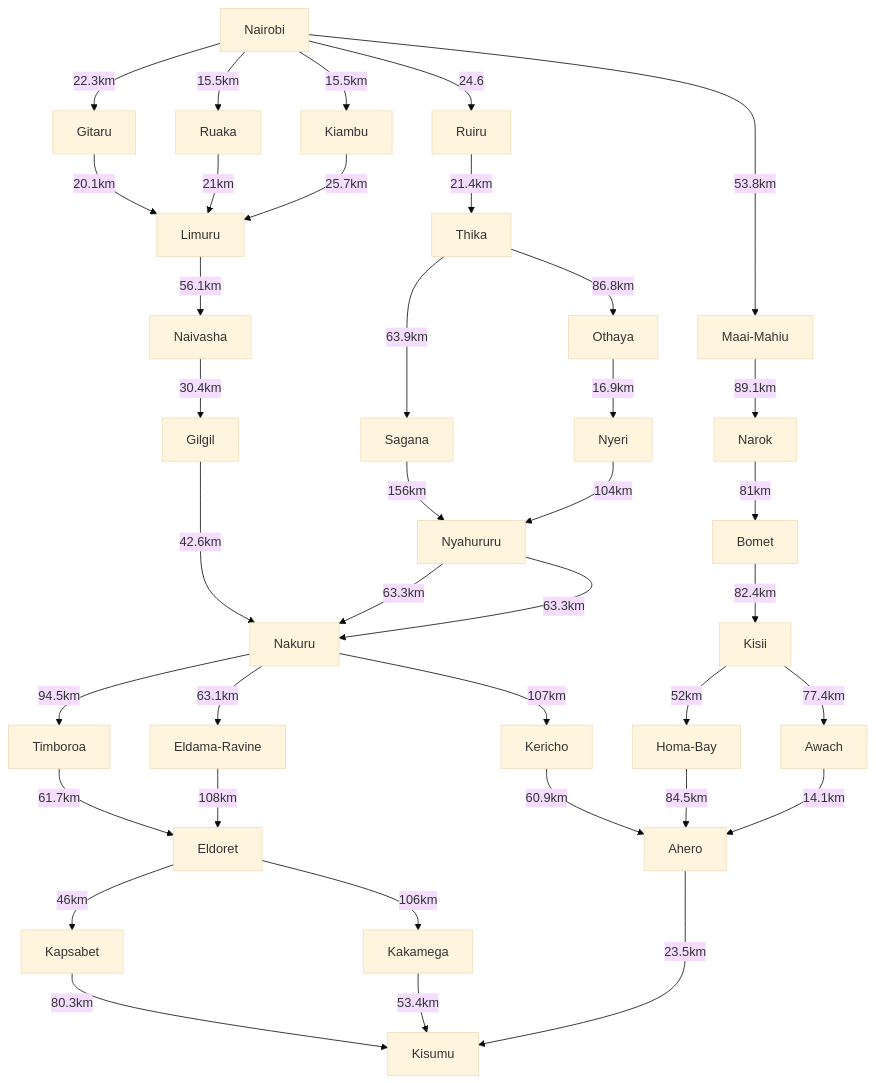
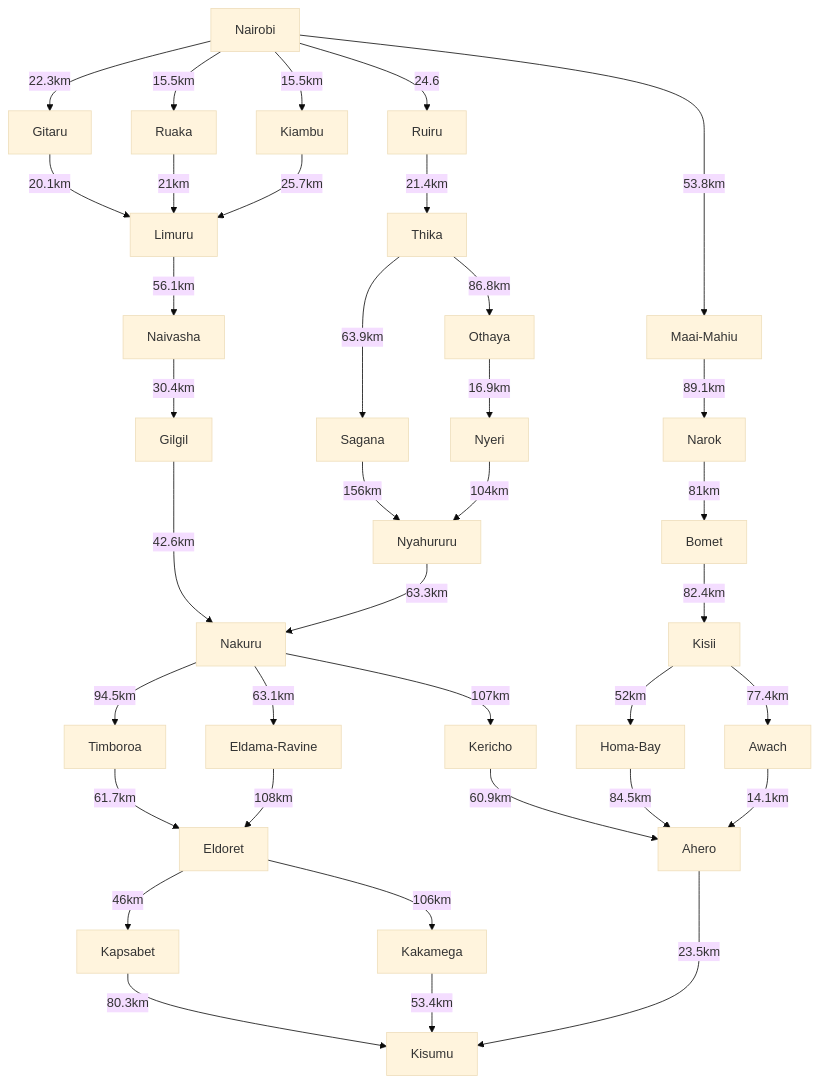
Before and after one commit to Sean-Nguyo/PS-Agents: the diagram in design.md, drawn with Mermaid (base theme).

Commit message:
Corrected graph connections

````diff
--- a/design.md
+++ b/design.md
@@ -46,41 +46,40 @@
 ```mermaid
 graph TD
     Nairobi-->|22.3km|Gitaru
     Nairobi-->|15.5km|Ruaka
     Nairobi-->|15.5km|Kiambu
     Nairobi-->|24.6|Ruiru
     Nairobi-->|53.8km|Maai-Mahiu
     Gitaru-->|20.1km|Limuru
     Ruaka-->|21km|Limuru
     Kiambu-->|25.7km|Limuru
     Limuru-->|56.1km|Naivasha
     Naivasha-->|30.4km|Gilgil
     Gilgil-->|42.6km|Nakuru
     Nakuru-->|94.5km|Timboroa
     Nakuru-->|63.1km|Eldama-Ravine
     Timboroa-->|61.7km|Eldoret
     Eldama-Ravine-->|108km|Eldoret
     Eldoret-->|46km|Kapsabet
     Eldoret-->|106km|Kakamega
     Kapsabet-->|80.3km|Kisumu
     Kakamega-->|53.4km|Kisumu
     Ruiru-->|21.4km|Thika
     Thika-->|63.9km|Sagana
     Thika-->|86.8km|Othaya
     Sagana-->|156km|Nyahururu
-    Nyahururu-->|63.3km|Nakuru
     Othaya-->|16.9km|Nyeri
     Nyeri-->|104km|Nyahururu
     Nyahururu-->|63.3km|Nakuru
     Nakuru-->|107km|Kericho
     Kericho-->|60.9km|Ahero
     Maai-Mahiu-->|89.1km|Narok
     Narok-->|81km|Bomet
     Bomet-->|82.4km|Kisii
     Kisii-->|52km|Homa-Bay
     Homa-Bay-->|84.5km|Ahero
     Kisii-->|77.4km|Awach
     Awach-->|14.1km|Ahero
     Ahero-->|23.5km|Kisumu
 
 ```
````
